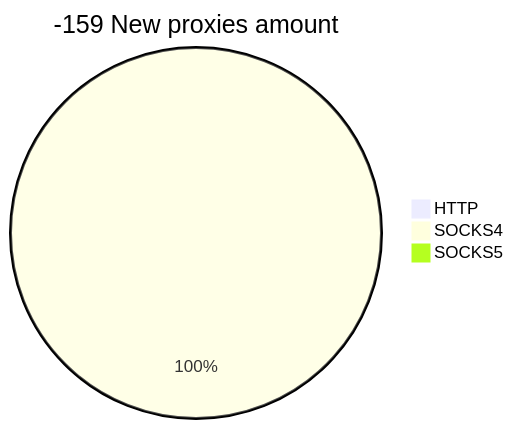
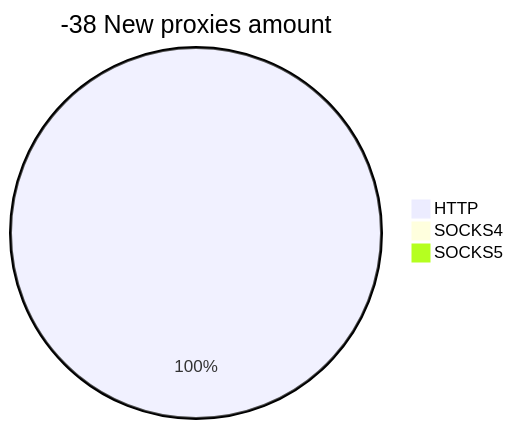
One commit to cutipu/proxylist changed the second of 2 diagrams in README.md. Above: the diagram before and after it, drawn with Mermaid. The commit also changed other lines of this file, not shown here.

````diff
--- a/README.md
+++ b/README.md
@@ -10,6 +10,6 @@
 ```mermaid
-pie title -159 New proxies amount
-    "HTTP" : 0
-    "SOCKS4" : 6
+pie title -38 New proxies amount
+    "HTTP" : 4
+    "SOCKS4" : 0
     "SOCKS5" : 0
 ```
````
